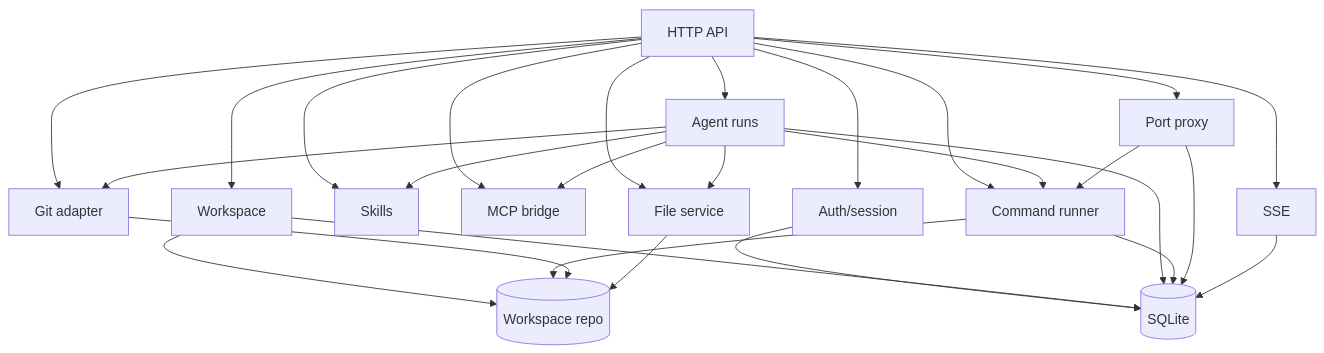
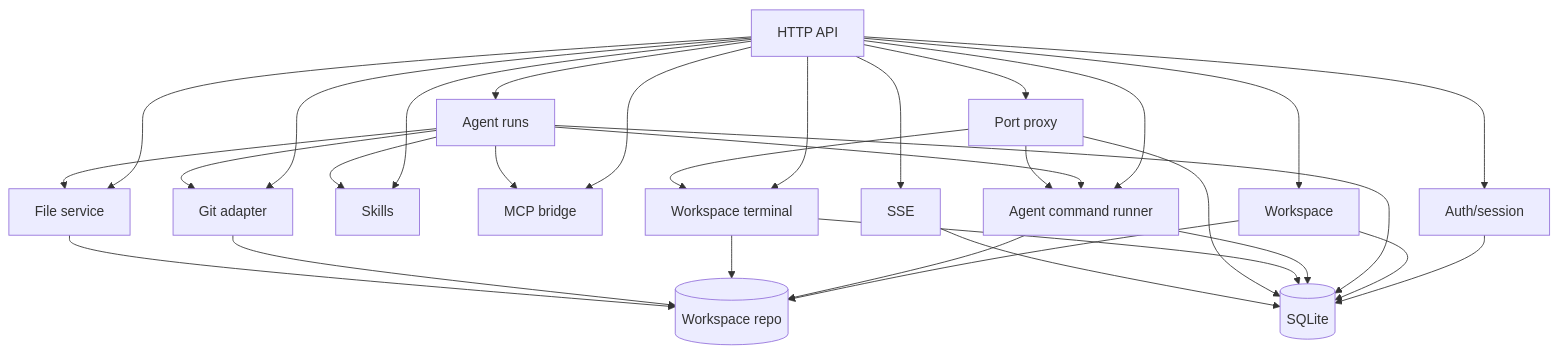
The second of 6 diagrams in docs/app-architecture.md (phamtanminhtien/patchpilot), drawn with Mermaid before and after one commit. The commit also changed other lines of this file and 41 other files, not shown here.

Commit message:
feat: implement persistent terminal session management with database support and workspace integration

````diff
--- a/docs/app-architecture.md
+++ b/docs/app-architecture.md
@@ -28,45 +29,50 @@
 ```mermaid
 flowchart TB
   API["HTTP API"]
   Auth["Auth/session"]
   Workspace["Workspace"]
   Agent["Agent runs"]
   Skills["Skills"]
   MCP["MCP bridge"]
-  Runner["Command runner"]
+  Runner["Agent command runner"]
+  Terminal["Workspace terminal"]
   Git["Git adapter"]
   Files["File service"]
   Ports["Port proxy"]
   Events["SSE"]
   DB[("SQLite")]
   Repo[("Workspace repo")]
 
   API --> Auth
   API --> Workspace
   API --> Agent
   API --> Skills
   API --> MCP
   API --> Runner
+  API --> Terminal
   API --> Git
   API --> Files
   API --> Ports
   API --> Events
 
   Auth --> DB
   Workspace --> DB
   Agent --> DB
   Runner --> DB
+  Terminal --> DB
   Ports --> DB
   Events --> DB
 
   Workspace --> Repo
   Agent --> Files
   Agent --> Git
   Agent --> Runner
   Agent --> Skills
   Agent --> MCP
   Runner --> Repo
+  Terminal --> Repo
   Git --> Repo
   Files --> Repo
   Ports --> Runner
+  Ports --> Terminal
 ```
````
